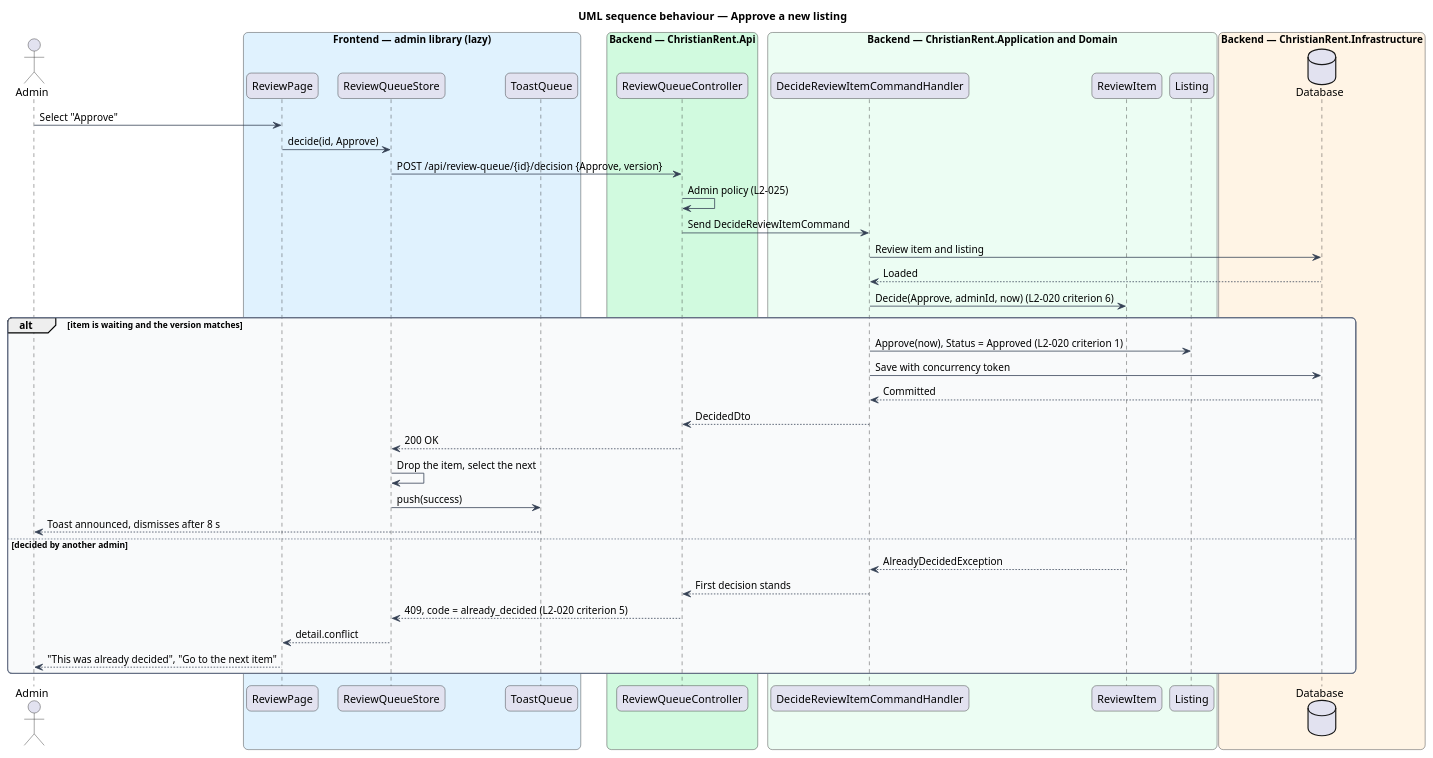
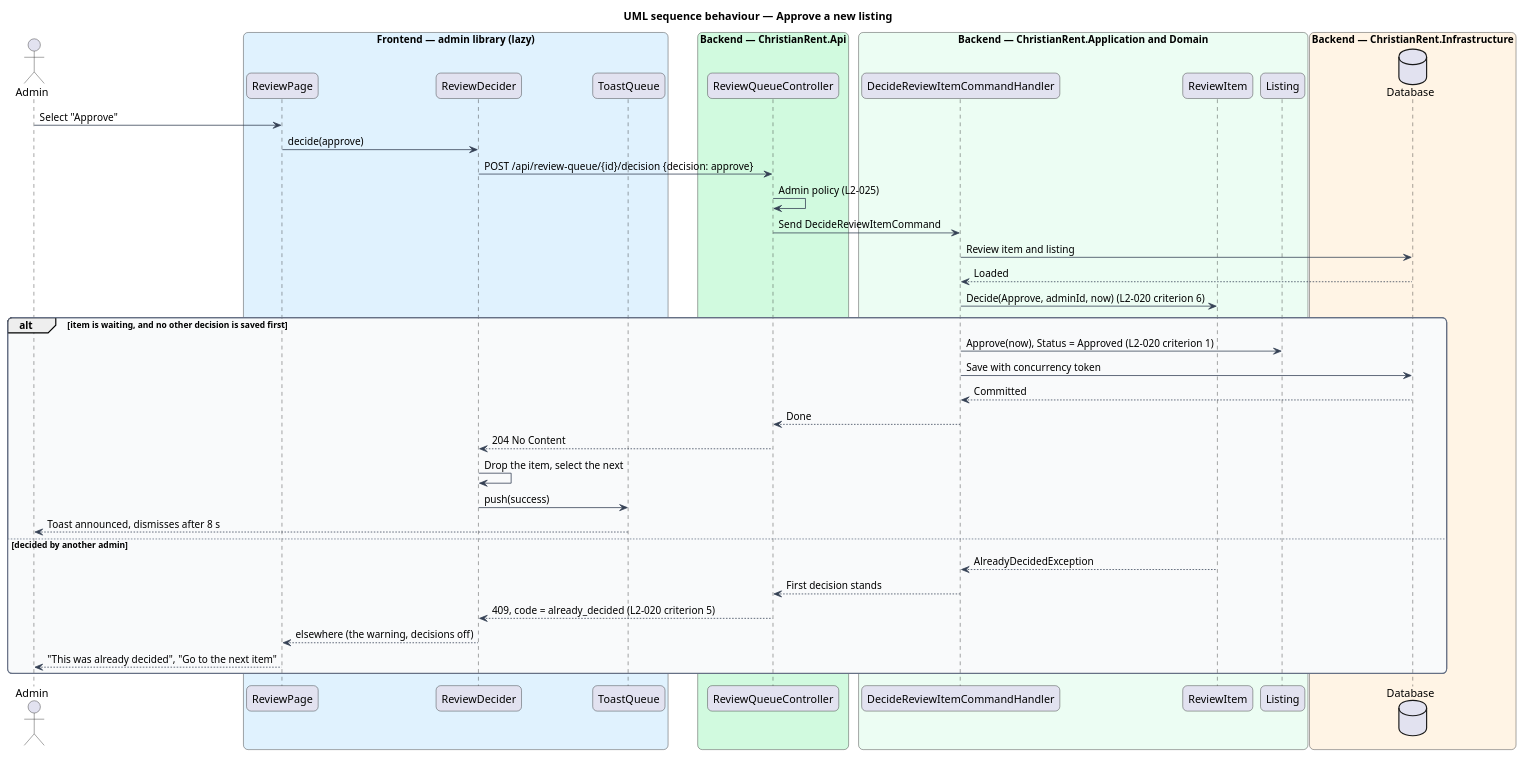
One commit to QuinntyneBrown/christian-rent changed the diagram in docs/detailed-designs/review/decide-review-item/diagrams/sequence-approve.puml. Above: the diagram before and after it, drawn with PlantUML. The commit also changed 51 other files, not shown here.

First line of the commit message:
Approve, keep or remove an item from the detail panel

```diff
--- a/docs/detailed-designs/review/decide-review-item/diagrams/sequence-approve.puml
+++ b/docs/detailed-designs/review/decide-review-item/diagrams/sequence-approve.puml
@@ -1,58 +1,58 @@
 @startuml
 title UML sequence behaviour — Approve a new listing
 skinparam backgroundColor #FFFFFF
 skinparam shadowing false
 skinparam roundcorner 12
 skinparam defaultFontName Arial
 skinparam ArrowColor #344054
 skinparam rectangle {
   BorderColor #344054
   FontColor #101828
 }
 skinparam package {
   BorderColor #667085
   FontColor #101828
   BackgroundColor #F9FAFB
 }
 actor "Admin" as actor
 box "Frontend — admin library (lazy)" #E0F2FE
   participant "ReviewPage" as page
-  participant "ReviewQueueStore" as store
+  participant "ReviewDecider" as store
   participant "ToastQueue" as toasts
 end box
 box "Backend — ChristianRent.Api" #D1FADF
   participant "ReviewQueueController" as ctrl
 end box
 box "Backend — ChristianRent.Application and Domain" #ECFDF3
   participant "DecideReviewItemCommandHandler" as handler
   participant "ReviewItem" as item
   participant "Listing" as listing
 end box
 box "Backend — ChristianRent.Infrastructure" #FFF4E5
   database "Database" as db
 end box
 actor -> page : Select "Approve"
-page -> store : decide(id, Approve)
-store -> ctrl : POST /api/review-queue/{id}/decision {Approve, version}
+page -> store : decide(approve)
+store -> ctrl : POST /api/review-queue/{id}/decision {decision: approve}
 ctrl -> ctrl : Admin policy (L2-025)
 ctrl -> handler : Send DecideReviewItemCommand
 handler -> db : Review item and listing
 db --> handler : Loaded
 handler -> item : Decide(Approve, adminId, now) (L2-020 criterion 6)
-alt item is waiting and the version matches
+alt item is waiting, and no other decision is saved first
   handler -> listing : Approve(now), Status = Approved (L2-020 criterion 1)
   handler -> db : Save with concurrency token
   db --> handler : Committed
-  handler --> ctrl : DecidedDto
-  ctrl --> store : 200 OK
+  handler --> ctrl : Done
+  ctrl --> store : 204 No Content
   store -> store : Drop the item, select the next
   store -> toasts : push(success)
   toasts --> actor : Toast announced, dismisses after 8 s
 else decided by another admin
   item --> handler : AlreadyDecidedException
   handler --> ctrl : First decision stands
   ctrl --> store : 409, code = already_decided (L2-020 criterion 5)
-  store --> page : detail.conflict
+  store --> page : elsewhere (the warning, decisions off)
   page --> actor : "This was already decided", "Go to the next item"
 end
 @enduml
```
